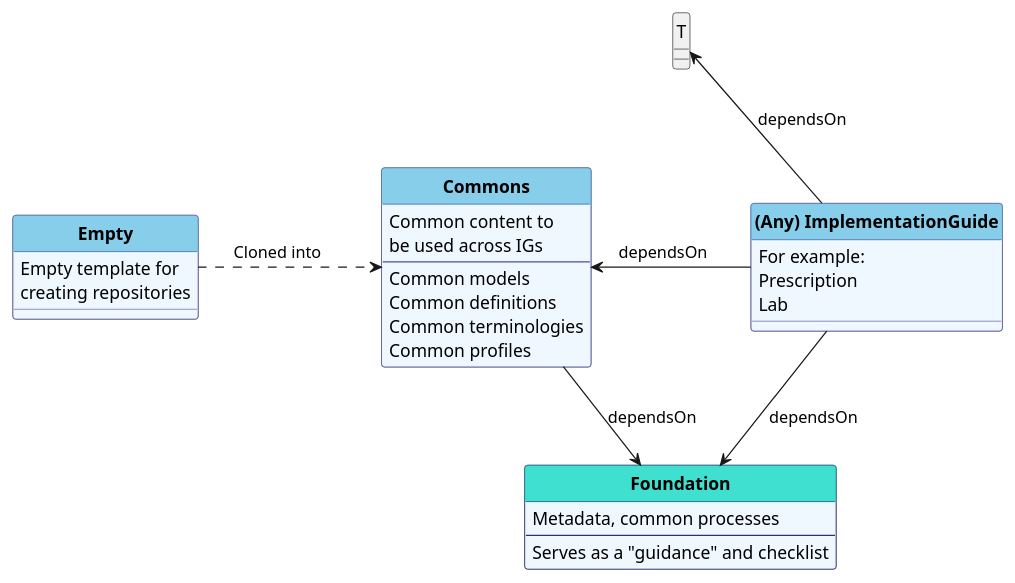
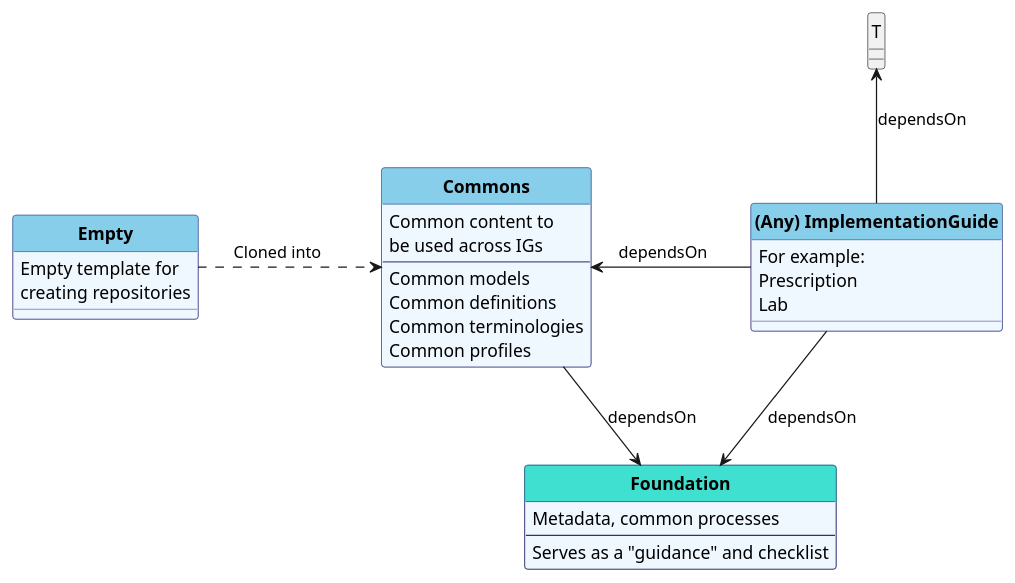
The diagram in input/images-source/ig_setup.plantuml (Xt-EHR/xt-ehr-metadata), drawn with PlantUML before and after one commit.

```diff
--- a/input/images-source/ig_setup.plantuml
+++ b/input/images-source/ig_setup.plantuml
@@ -1,99 +1,99 @@
 @startuml
 'skinparam linetype ortho
 skinparam linetype polyline
 hide circle
 hide stereotype
 
 '!pragma layout smetana
 
 skinparam class<<MD>> {
  BorderColor DarkSlateGray
  BackgroundColor WhiteSmoke
  HeaderBackgroundColor #909090
 }
 
 skinparam class<<TM>> {
  BorderColor #505090
  BackgroundColor AliceBlue
  HeaderBackgroundColor SkyBlue
 }
 
 
 skinparam class<<TM+>> {
  BorderColor #303070  
  BackgroundColor AliceBlue
  HeaderBackgroundColor Turquoise 
 }
 
 
     class "**Foundation**" as Base<<TM+>> {
         Metadata, common processes
         --
         Serves as a "guidance" and checklist
     }
 
 
     class "**Commons**" as CE<<TM>> {
         Common content to 
  be used across IGs
 --
    Common models
    Common definitions
    Common terminologies
    Common profiles
     }
 
 
     class "**Empty**" as E<<TM>> {
         Empty template for 
 creating repositories
     }
 
 
     class "**(Any) ImplementationGuide**" as IG<<TM>> {
     For example:
     Prescription
     Lab
     }
 
 
 
     ' class "**PublicationRepo**" as Pub<<MD>> {
     '   Webroot content repository
     '   for published releases (html)
     '   --
     ' }
 
 
 ' We con't want IGs to define on StarterKit
 ' Common contains instances of SGPersona
 
 
 
-T  .d[hidden].> CE
+'T  .d[hidden].> CE
 E  .r.> CE: "   Cloned into         "
 'E  .u.> T: "   Cloned into         "
 
 
 
 'E  .r.> IG: "Cloned into"
 'E .r.> Base: "Cloned into"
 CE --> Base: "dependsOn"
 IG --> Base: "dependsOn"
 IG -u-> T: "dependsOn"
 'IG .r.> Pub : "                "
 'T -d[hidden]-> IG : "           "
 CE <-r- IG : " dependsOn     "
 
 
 
 
 
 'C -u-> Core 
 
 
 'IG  <.. CE: "   Cloned into         "
 
 
 
 @enduml
```
